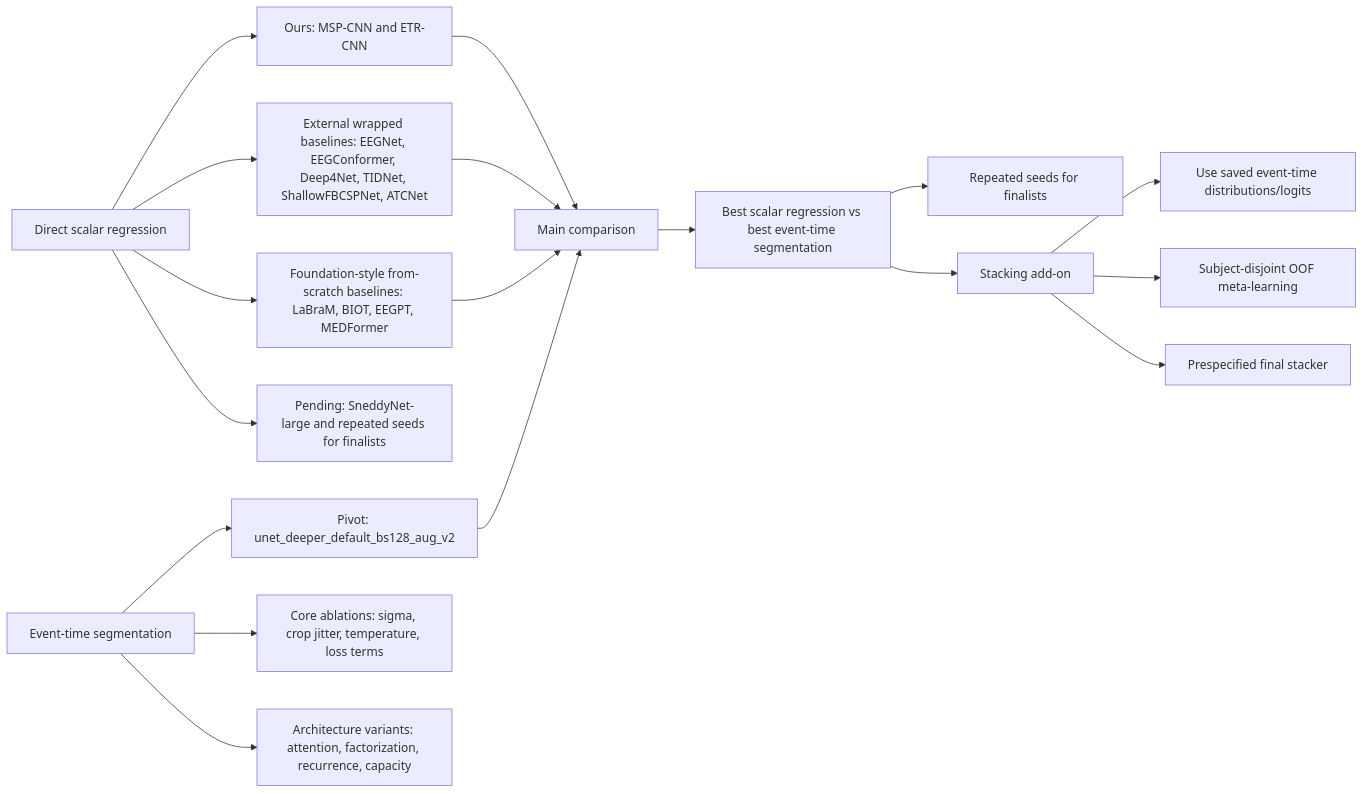
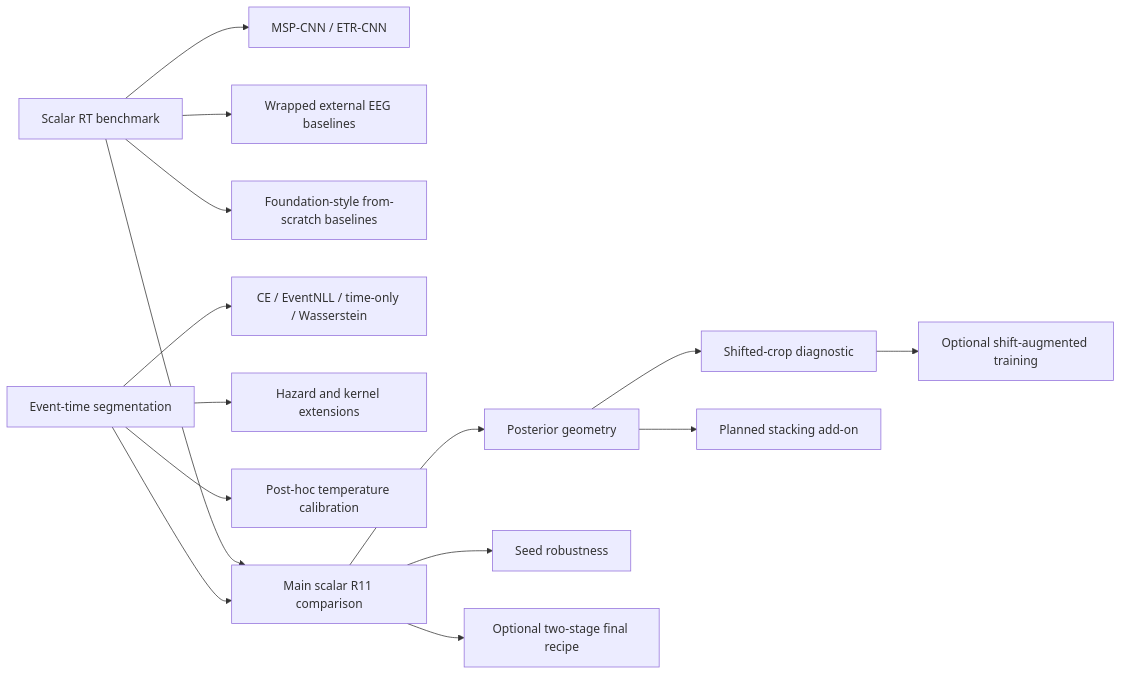
Before and after one commit to sneddy/neurosned: the second of 2 diagrams in benchmarks/EXPERIMENTS.md, drawn with Mermaid. The commit also changed other lines of this file and 34 other files, not shown here.

Commit message:
Add shifted-crop diagnostics and seed robustness tracking

````diff
--- a/benchmarks/EXPERIMENTS.md
+++ b/benchmarks/EXPERIMENTS.md
@@ -292,23 +483,20 @@
 ```mermaid
 flowchart LR
-    A["Direct scalar regression"] --> A1["Ours: MSP-CNN and ETR-CNN"]
-    A --> A2["External wrapped baselines: EEGNet, EEGConformer, Deep4Net, TIDNet, ShallowFBCSPNet, ATCNet"]
-    A --> A4["Foundation-style from-scratch baselines: LaBraM, BIOT, EEGPT, MEDFormer"]
-    A --> A3["Pending: SneddyNet-large and repeated seeds for finalists"]
+    A["Scalar RT benchmark"] --> A1["MSP-CNN / ETR-CNN"]
+    A --> A2["Wrapped external EEG baselines"]
+    A --> A3["Foundation-style from-scratch baselines"]
 
-    B["Event-time segmentation"] --> B1["Pivot: unet_deeper_default_bs128_aug_v2"]
-    B --> B2["Core ablations: sigma, crop jitter, temperature, loss terms"]
-    B --> B3["Architecture variants: attention, factorization, recurrence, capacity"]
+    B["Event-time segmentation"] --> B1["CE / EventNLL / time-only / Wasserstein"]
+    B --> B2["Hazard and kernel extensions"]
+    B --> B3["Post-hoc temperature calibration"]
 
-    A1 --> C["Main comparison"]
-    A2 --> C
-    A4 --> C
-    B1 --> C
-    C --> C1["Best scalar regression vs best event-time segmentation"]
-    C1 --> D["Repeated seeds for finalists"]
+    A --> C["Main scalar R11 comparison"]
+    B --> C
+    C --> D["Posterior geometry"]
+    D --> E["Shifted-crop diagnostic"]
+    C --> F["Seed robustness"]
 
-    C1 --> E["Stacking add-on"]
-    E --> E1["Use saved event-time distributions/logits"]
-    E --> E2["Subject-disjoint OOF meta-learning"]
-    E --> E3["Prespecified final stacker"]
+    E --> G["Optional shift-augmented training"]
+    D --> H["Planned stacking add-on"]
+    C --> I["Optional two-stage final recipe"]
 ```
````
